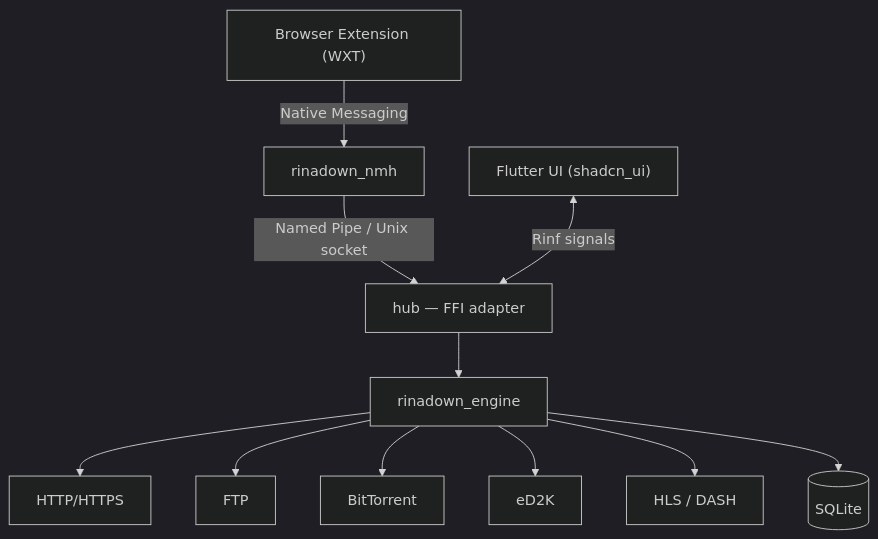
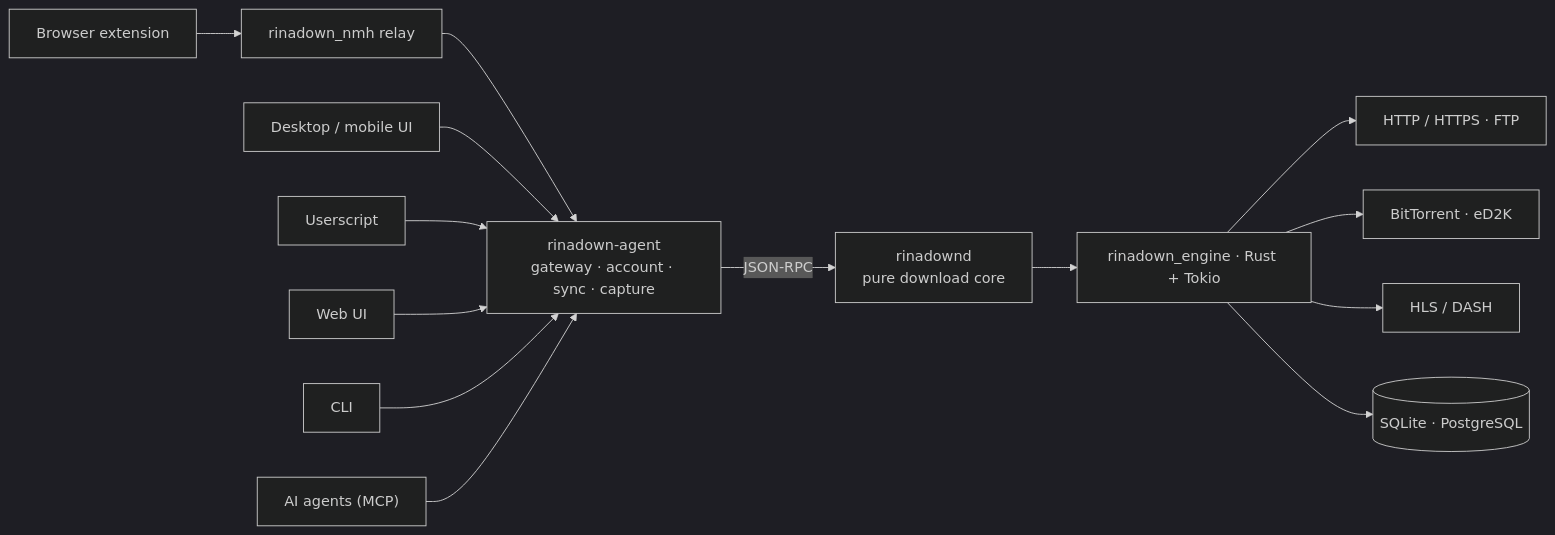
The diagram in README.md (shengengfun/RinaDown), drawn with Mermaid (dark theme) before and after one commit. The commit also changed other lines of this file and 1 other file, not shown here.

First line of the commit message:
docs(readme): rewrite README for the one-engine-many-hosts architecture

````diff
--- a/README.md
+++ b/README.md
@@ -136,13 +161,17 @@
 ```mermaid
-flowchart TD
-    EXT["Browser Extension (WXT)"] -->|Native Messaging| NMH["rinadown_nmh"]
-    NMH -->|Named Pipe / Unix socket| HUB
-    UI["Flutter UI (shadcn_ui)"] <-->|Rinf signals| HUB["hub — FFI adapter"]
-    HUB --> ENGINE["rinadown_engine"]
-    ENGINE --> HTTP["HTTP/HTTPS"]
-    ENGINE --> FTP["FTP"]
-    ENGINE --> BT["BitTorrent"]
-    ENGINE --> ED2K["eD2K"]
-    ENGINE --> HLS["HLS / DASH"]
-    ENGINE --> DB[("SQLite")]
+flowchart LR
+    AGENT["rinadown-agent<br/>gateway · account · sync · capture"]
+    DAEMON["rinadownd<br/>pure download core"]
+    ENGINE["rinadown_engine · Rust + Tokio"]
+    EXT["Browser extension"] --> NMH["rinadown_nmh relay"] --> AGENT
+    UI["Desktop / mobile UI"] --> AGENT
+    US["Userscript"] --> AGENT
+    WEB["Web UI"] --> AGENT
+    CLI["CLI"] --> AGENT
+    AI["AI agents (MCP)"] --> AGENT
+    AGENT -->|JSON-RPC| DAEMON --> ENGINE
+    ENGINE --> P1["HTTP / HTTPS · FTP"]
+    ENGINE --> P2["BitTorrent · eD2K"]
+    ENGINE --> P3["HLS / DASH"]
+    ENGINE --> DB[("SQLite · PostgreSQL")]
 ```
````
